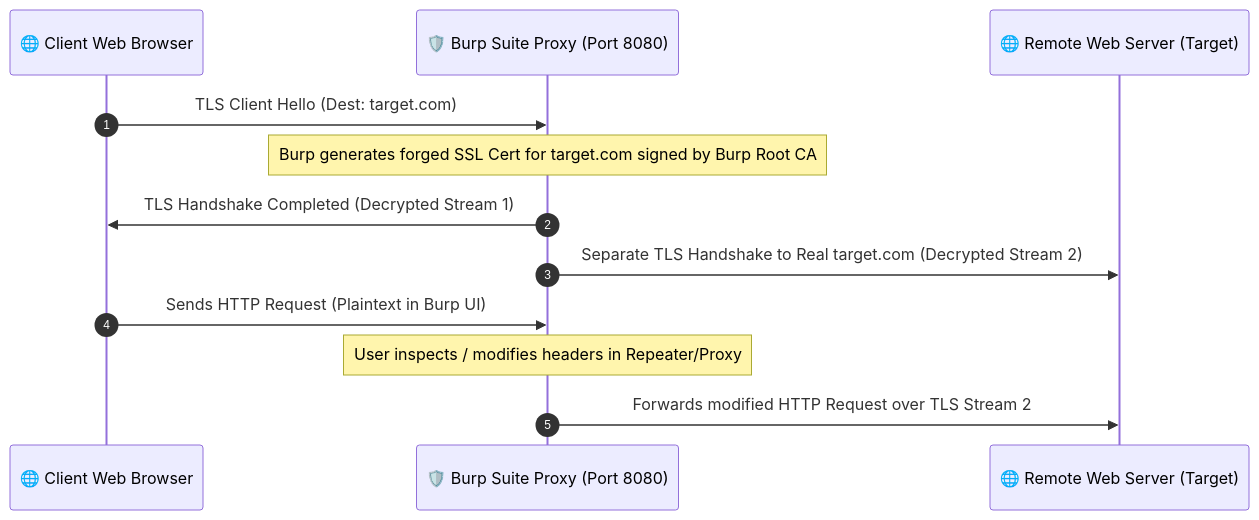
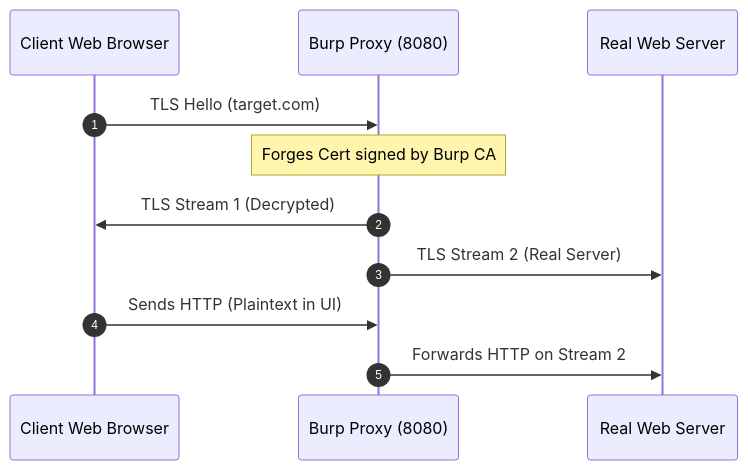
Before and after one commit to DaddyZyn/Cyber-security-notes: the fourth of 5 diagrams in topics/13-pentesting-tool-internals-and-mechanics/README.md, drawn with Mermaid. The commit also changed other lines of this file and 19 other files, not shown here.

Commit message:
fix: overhaul all Mermaid diagrams with clean vertical layouts and short line-wrapping to prevent GitHub clipping

````diff
--- a/topics/13-pentesting-tool-internals-and-mechanics/README.md
+++ b/topics/13-pentesting-tool-internals-and-mechanics/README.md
@@ -154,16 +150,14 @@
 ```mermaid
 sequenceDiagram
     autonumber
-    participant Browser as 🌐 Client Web Browser
-    participant Burp as 🛡️ Burp Suite Proxy (Port 8080)
-    participant Server as 🌐 Remote Web Server (Target)
+    participant Browser as Client Web Browser
+    participant Burp as Burp Proxy (8080)
+    participant Server as Real Web Server
 
-    Browser->>Burp: TLS Client Hello (Dest: target.com)
-    Note over Burp: Burp generates forged SSL Cert for target.com signed by Burp Root CA
-    Burp->>Browser: TLS Handshake Completed (Decrypted Stream 1)
-    Burp->>Server: Separate TLS Handshake to Real target.com (Decrypted Stream 2)
-    
-    Browser->>Burp: Sends HTTP Request (Plaintext in Burp UI)
-    Note over Burp: User inspects / modifies headers in Repeater/Proxy
-    Burp->>Server: Forwards modified HTTP Request over TLS Stream 2
+    Browser->>Burp: TLS Hello (target.com)
+    Note over Burp: Forges Cert signed by Burp CA
+    Burp->>Browser: TLS Stream 1 (Decrypted)
+    Burp->>Server: TLS Stream 2 (Real Server)
+    Browser->>Burp: Sends HTTP (Plaintext in UI)
+    Burp->>Server: Forwards HTTP on Stream 2
 ```
````
